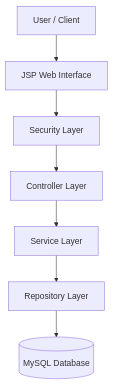
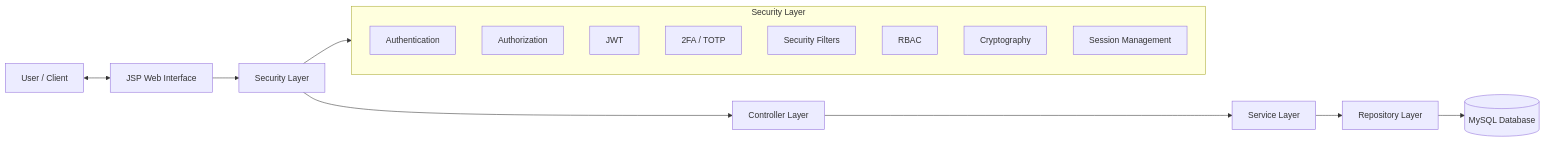
The third of 13 diagrams in README.md (MotionPrograming/AuthorizationManagementSystem), drawn with Mermaid before and after one commit. The commit also changed other lines of this file, not shown here.

````diff
--- a/README.md
+++ b/README.md
@@ -339,30 +223,38 @@
 ```mermaid
-flowchart TD
+flowchart LR
 
-    User[User / Client]
+    U[User / Client]
 
     UI[JSP Web Interface]
 
-    Security[Security Layer]
+    SEC[Security Layer]
 
-    Controller[Controller Layer]
+    CTRL[Controller Layer]
 
-    Service[Service Layer]
+    SERVICE[Service Layer]
 
-    Repository[Repository Layer]
+    REPO[Repository Layer]
 
-    Database[(MySQL Database)]
+    DB[(MySQL Database)]
 
+    U <--> UI
 
-    User --> UI
+    UI --> SEC
+    SEC --> CTRL
+    CTRL --> SERVICE
+    SERVICE --> REPO
+    REPO --> DB
 
-    UI --> Security
+    subgraph SECURITY[Security Layer]
+        AUTH[Authentication]
+        AUTHZ[Authorization]
+        JWT[JWT]
+        TOTP[2FA / TOTP]
+        FILTER[Security Filters]
+        RBAC[RBAC]
+        CRYPTO[Cryptography]
+        SESSION[Session Management]
+    end
 
-    Security --> Controller
-
-    Controller --> Service
-
-    Service --> Repository
-
-    Repository --> Database
+    SEC --> SECURITY
 ```
````
